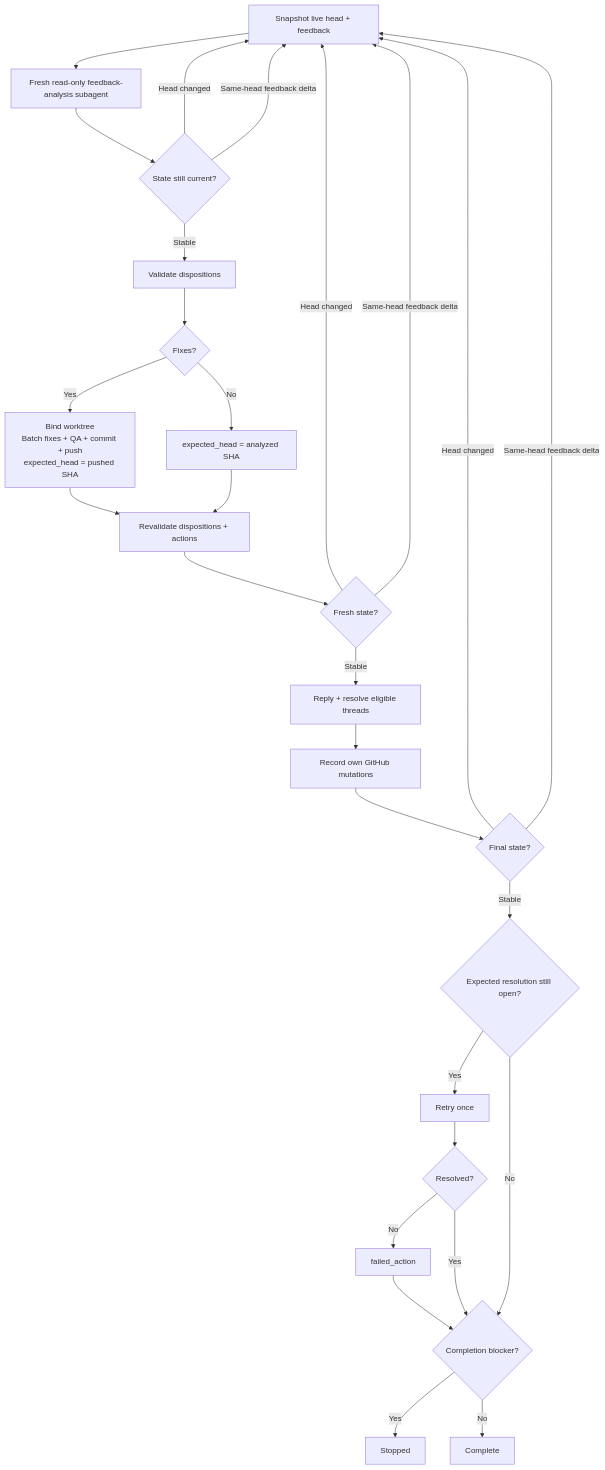
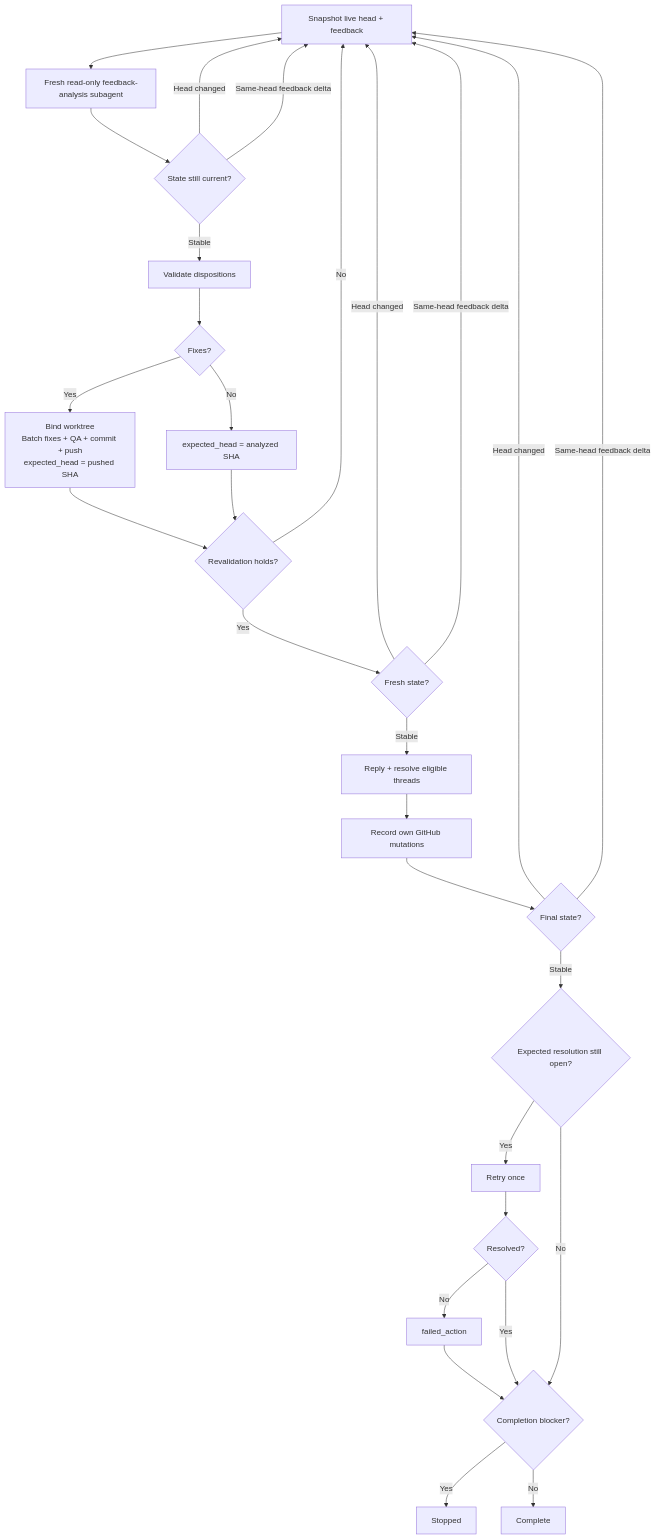
One commit to dceoy/ai-coding-agent-skills changed the diagram in skills/pr-feedback-triage/SKILL.md. Above: the diagram before and after it, drawn with Mermaid.

Commit message:
Handle failed post-fix revalidation

````diff
--- a/skills/pr-feedback-triage/SKILL.md
+++ b/skills/pr-feedback-triage/SKILL.md
@@ -36,30 +36,31 @@
 ```mermaid
 flowchart TD
   A[Snapshot live head + feedback] --> B[Fresh read-only feedback-analysis subagent]
   B --> C{State still current?}
   C -->|Head changed| A
   C -->|Same-head feedback delta| A
   C -->|Stable| D[Validate dispositions]
   D --> E{Fixes?}
   E -->|Yes| F[Bind worktree<br/>Batch fixes + QA + commit + push<br/>expected_head = pushed SHA]
   E -->|No| G[expected_head = analyzed SHA]
-  F --> H[Revalidate dispositions + actions]
+  F --> H{Revalidation holds?}
   G --> H
-  H --> I{Fresh state?}
+  H -->|No| A
+  H -->|Yes| I{Fresh state?}
   I -->|Head changed| A
   I -->|Same-head feedback delta| A
   I -->|Stable| J[Reply + resolve eligible threads]
   J --> K[Record own GitHub mutations]
   K --> L{Final state?}
   L -->|Head changed| A
   L -->|Same-head feedback delta| A
   L -->|Stable| M{Expected resolution still open?}
   M -->|Yes| N[Retry once]
   N --> O{Resolved?}
   O -->|No| P[failed_action]
   O -->|Yes| Q{Completion blocker?}
   M -->|No| Q
   P --> Q
   Q -->|Yes| R[Stopped]
   Q -->|No| S[Complete]
 ```
````
